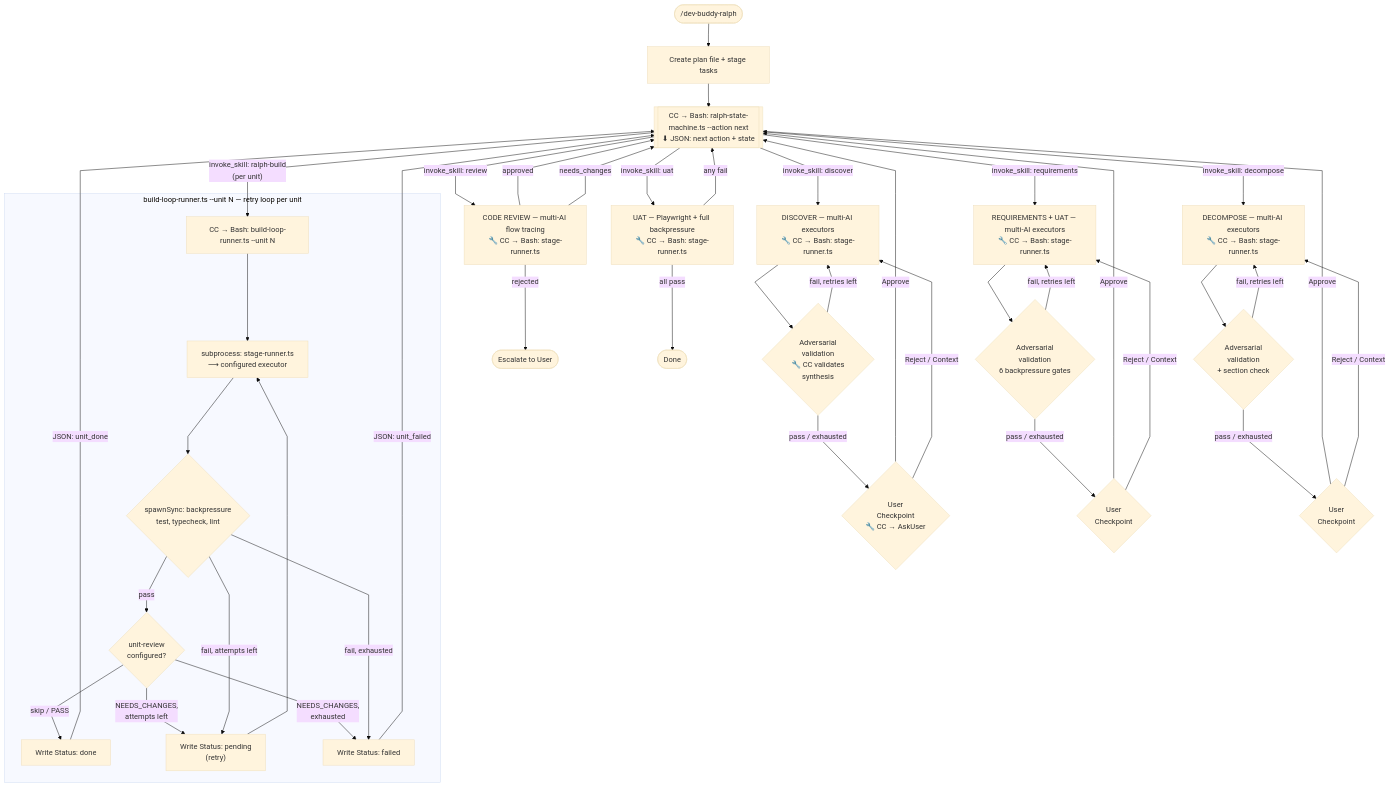
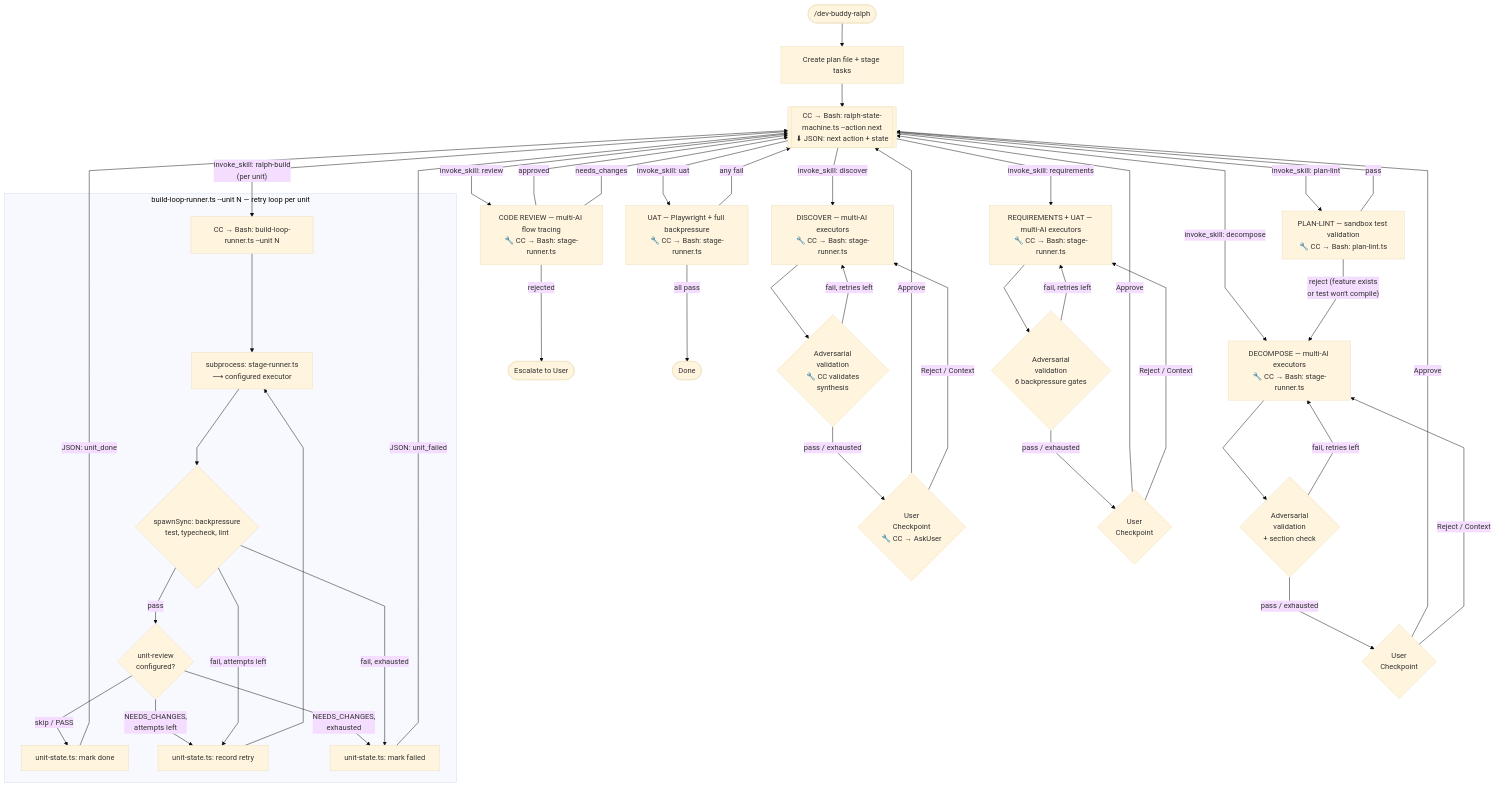
Before and after one commit to Z-M-Huang/vcp: the first of 2 diagrams in plugins/dev-buddy/README.md, drawn with Mermaid (base theme). The commit also changed other lines of this file and 26 other files, not shown here.

````diff
--- a/plugins/dev-buddy/README.md
+++ b/plugins/dev-buddy/README.md
@@ -27,72 +27,77 @@
 ```mermaid
 ---
 config:
   flowchart:
     curve: linear
 ---
 flowchart TD
     START(["/dev-buddy-ralph"]) --> INIT["Create plan file + stage tasks"]
     INIT --> Q1
 
     Q1[["CC → Bash: ralph-state-machine.ts --action next<br/>⬇ JSON: next action + state"]]
 
     Q1 -->|"invoke_skill: discover"| D
     D["DISCOVER — multi-AI executors<br/>🔧 CC → Bash: stage-runner.ts"]
     D --> D_VAL{"Adversarial<br/>validation<br/>🔧 CC validates<br/>synthesis"}
     D_VAL -->|fail, retries left| D
     D_VAL -->|pass / exhausted| D_UC{"User<br/>Checkpoint<br/>🔧 CC → AskUser"}
     D_UC -->|Approve| Q1
     D_UC -->|Reject / Context| D
 
     Q1 -->|"invoke_skill: requirements"| R
     R["REQUIREMENTS + UAT — multi-AI executors<br/>🔧 CC → Bash: stage-runner.ts"]
     R --> R_VAL{"Adversarial<br/>validation<br/>6 backpressure gates"}
     R_VAL -->|fail, retries left| R
     R_VAL -->|pass / exhausted| R_UC{"User<br/>Checkpoint"}
     R_UC -->|Approve| Q1
     R_UC -->|Reject / Context| R
 
     Q1 -->|"invoke_skill: decompose"| DC
     DC["DECOMPOSE — multi-AI executors<br/>🔧 CC → Bash: stage-runner.ts"]
     DC --> DC_VAL{"Adversarial<br/>validation<br/>+ section check"}
     DC_VAL -->|fail, retries left| DC
     DC_VAL -->|pass / exhausted| DC_UC{"User<br/>Checkpoint"}
     DC_UC -->|Approve| Q1
     DC_UC -->|Reject / Context| DC
 
+    Q1 -->|"invoke_skill: plan-lint"| PL
+    PL["PLAN-LINT — sandbox test validation<br/>🔧 CC → Bash: plan-lint.ts"]
+    PL -->|pass| Q1
+    PL -->|"reject (feature exists<br/>or test won't compile)"| DC
+
     Q1 -->|"invoke_skill: ralph-build<br/>(per unit)"| BUILD_ENTRY
 
     subgraph BUILD_MECHANICAL["build-loop-runner.ts --unit N — retry loop per unit"]
         BUILD_ENTRY["CC → Bash: build-loop-runner.ts --unit N"]
         B_DISPATCH["subprocess: stage-runner.ts<br/>⟶ configured executor"]
         B_BP{"spawnSync: backpressure<br/>test, typecheck, lint"}
         B_REVIEW{"unit-review<br/>configured?"}
-        B_WRITE_PASS["Write Status: done"]
-        B_RETRY["Write Status: pending<br/>(retry)"]
-        B_FAILED["Write Status: failed"]
+        B_WRITE_PASS["unit-state.ts: mark done"]
+        B_RETRY["unit-state.ts: record retry"]
+        B_FAILED["unit-state.ts: mark failed"]
 
         BUILD_ENTRY --> B_DISPATCH
         B_DISPATCH --> B_BP
         B_BP -->|pass| B_REVIEW
         B_REVIEW -->|"skip / PASS"| B_WRITE_PASS
         B_REVIEW -->|"NEEDS_CHANGES,<br/>attempts left"| B_RETRY
         B_REVIEW -->|"NEEDS_CHANGES,<br/>exhausted"| B_FAILED
         B_BP -->|fail, attempts left| B_RETRY
         B_RETRY --> B_DISPATCH
         B_BP -->|fail, exhausted| B_FAILED
     end
 
     B_WRITE_PASS -->|"JSON: unit_done"| Q1
     B_FAILED -->|"JSON: unit_failed"| Q1
 
     Q1 -->|"invoke_skill: review"| CR
     CR["CODE REVIEW — multi-AI flow tracing<br/>🔧 CC → Bash: stage-runner.ts"]
     CR -->|approved| Q1
     CR -->|needs_changes| Q1
     CR -->|rejected| STOP([Escalate to User])
 
     Q1 -->|"invoke_skill: uat"| UAT
     UAT["UAT — Playwright + full backpressure<br/>🔧 CC → Bash: stage-runner.ts"]
     UAT -->|all pass| DONE([Done])
     UAT -->|any fail| Q1
 ```
````
